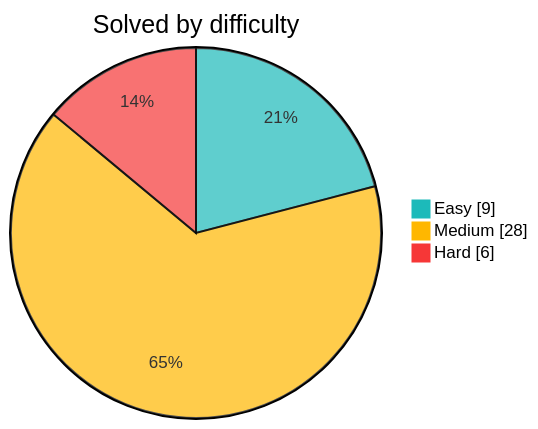
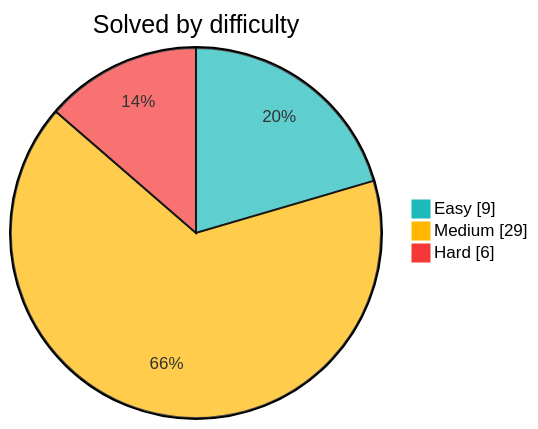
Before and after one commit to Sekler09/algorithms: the diagram in README.md, drawn with Mermaid. The commit also changed other lines of this file and 2 other files, not shown here.

````diff
--- a/README.md
+++ b/README.md
@@ -9,8 +9,8 @@
 ```mermaid
 %%{init: {"themeVariables": {"pie1": "#1cbaba", "pie2": "#ffb700", "pie3": "#f63737"}}}%%
 pie showData
     title Solved by difficulty
     "Easy" : 9
-    "Medium" : 28
+    "Medium" : 29
     "Hard" : 6
 ```
````
